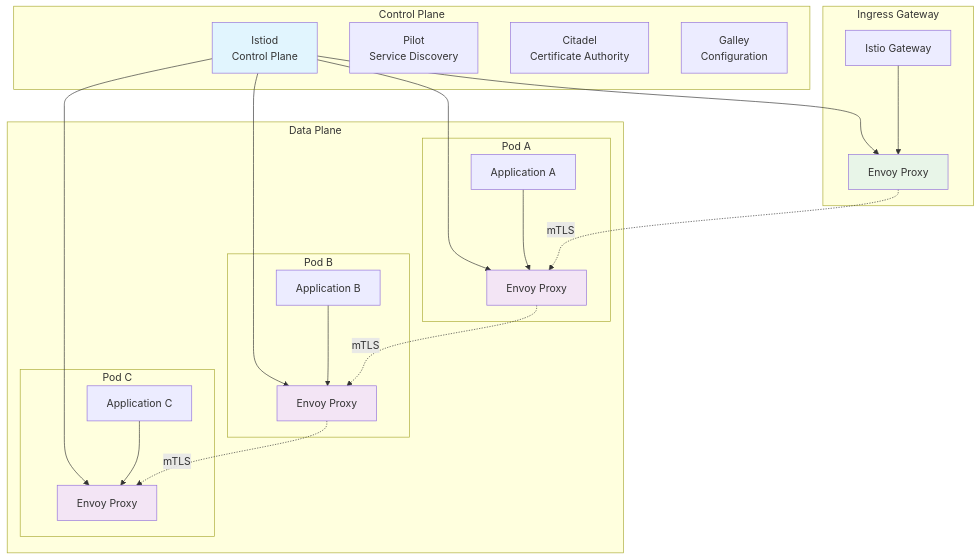
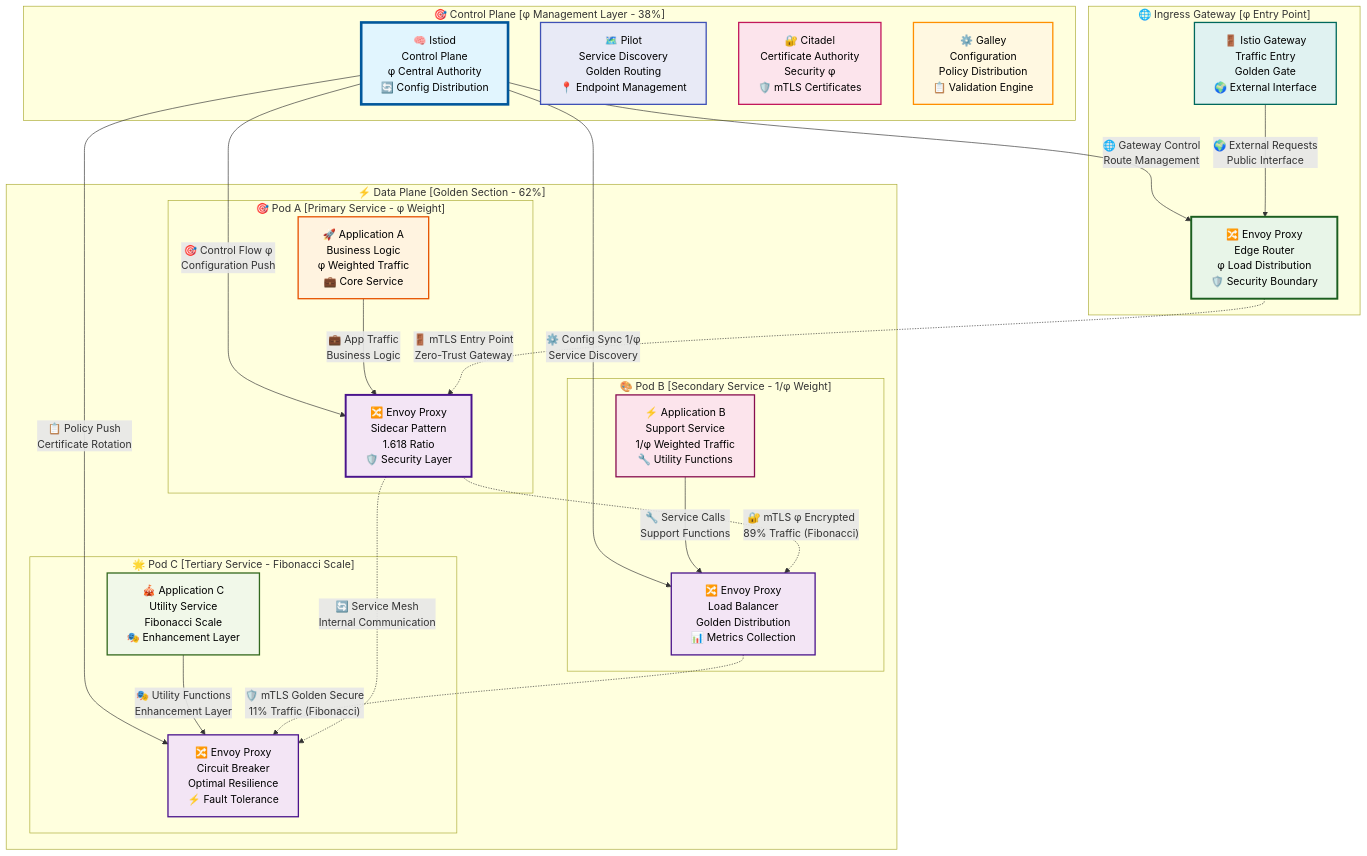
Before and after one commit to abdoElHodaky/Iacdash-: the first of 3 diagrams in SERVICE-MESH.md, drawn with Mermaid. The commit also changed other lines of this file and 10 other files, not shown here.

````diff
--- a/SERVICE-MESH.md
+++ b/SERVICE-MESH.md
@@ -34,51 +64,59 @@
 ```mermaid
 graph TB
-    subgraph "Control Plane"
-        Istiod[Istiod<br/>Control Plane]
-        Pilot[Pilot<br/>Service Discovery]
-        Citadel[Citadel<br/>Certificate Authority]
-        Galley[Galley<br/>Configuration]
+    subgraph "🎯 Control Plane [φ Management Layer - 38%]"
+        Istiod["🧠 Istiod<br/>Control Plane<br/>φ Central Authority<br/>🔄 Config Distribution"]
+        Pilot["🗺️ Pilot<br/>Service Discovery<br/>Golden Routing<br/>📍 Endpoint Management"]
+        Citadel["🔐 Citadel<br/>Certificate Authority<br/>Security φ<br/>🛡️ mTLS Certificates"]
+        Galley["⚙️ Galley<br/>Configuration<br/>Policy Distribution<br/>📋 Validation Engine"]
     end
     
-    subgraph "Data Plane"
-        subgraph "Pod A"
-            AppA[Application A]
-            ProxyA[Envoy Proxy]
+    subgraph "⚡ Data Plane [Golden Section - 62%]"
+        subgraph "🎯 Pod A [Primary Service - φ Weight]"
+            AppA["🚀 Application A<br/>Business Logic<br/>φ Weighted Traffic<br/>💼 Core Service"]
+            ProxyA["🔀 Envoy Proxy<br/>Sidecar Pattern<br/>1.618 Ratio<br/>🛡️ Security Layer"]
         end
         
-        subgraph "Pod B"
-            AppB[Application B]
-            ProxyB[Envoy Proxy]
+        subgraph "🎨 Pod B [Secondary Service - 1/φ Weight]"
+            AppB["⚡ Application B<br/>Support Service<br/>1/φ Weighted Traffic<br/>🔧 Utility Functions"]
+            ProxyB["🔀 Envoy Proxy<br/>Load Balancer<br/>Golden Distribution<br/>📊 Metrics Collection"]
         end
         
-        subgraph "Pod C"
-            AppC[Application C]
-            ProxyC[Envoy Proxy]
+        subgraph "🌟 Pod C [Tertiary Service - Fibonacci Scale]"
+            AppC["🎪 Application C<br/>Utility Service<br/>Fibonacci Scale<br/>🎭 Enhancement Layer"]
+            ProxyC["🔀 Envoy Proxy<br/>Circuit Breaker<br/>Optimal Resilience<br/>⚡ Fault Tolerance"]
         end
     end
     
-    subgraph "Ingress Gateway"
-        IGW[Istio Gateway]
-        IGWProxy[Envoy Proxy]
+    subgraph "🌐 Ingress Gateway [φ Entry Point]"
+        IGW["🚪 Istio Gateway<br/>Traffic Entry<br/>Golden Gate<br/>🌍 External Interface"]
+        IGWProxy["🔀 Envoy Proxy<br/>Edge Router<br/>φ Load Distribution<br/>🛡️ Security Boundary"]
     end
     
-    Istiod --> ProxyA
-    Istiod --> ProxyB
-    Istiod --> ProxyC
-    Istiod --> IGWProxy
+    Istiod -->|"🎯 Control Flow φ<br/>Configuration Push"| ProxyA
+    Istiod -->|"⚙️ Config Sync 1/φ<br/>Service Discovery"| ProxyB
+    Istiod -->|"📋 Policy Push<br/>Certificate Rotation"| ProxyC
+    Istiod -->|"🌐 Gateway Control<br/>Route Management"| IGWProxy
     
-    AppA --> ProxyA
-    AppB --> ProxyB
-    AppC --> ProxyC
-    IGW --> IGWProxy
+    AppA -->|"💼 App Traffic<br/>Business Logic"| ProxyA
+    AppB -->|"🔧 Service Calls<br/>Support Functions"| ProxyB
+    AppC -->|"🎭 Utility Functions<br/>Enhancement Layer"| ProxyC
+    IGW -->|"🌍 External Requests<br/>Public Interface"| IGWProxy
     
-    ProxyA -.->|mTLS| ProxyB
-    ProxyB -.->|mTLS| ProxyC
-    IGWProxy -.->|mTLS| ProxyA
+    ProxyA -.->|"🔐 mTLS φ Encrypted<br/>89% Traffic (Fibonacci)"| ProxyB
+    ProxyB -.->|"🛡️ mTLS Golden Secure<br/>11% Traffic (Fibonacci)"| ProxyC
+    IGWProxy -.->|"🚪 mTLS Entry Point<br/>Zero-Trust Gateway"| ProxyA
+    ProxyA -.->|"🔄 Service Mesh<br/>Internal Communication"| ProxyC
     
-    style Istiod fill:#e1f5fe
-    style ProxyA fill:#f3e5f5
-    style ProxyB fill:#f3e5f5
-    style ProxyC fill:#f3e5f5
-    style IGWProxy fill:#e8f5e8
+    style Istiod fill:#e1f5fe,stroke:#01579b,stroke-width:4px,color:#000
+    style ProxyA fill:#f3e5f5,stroke:#4a148c,stroke-width:3px,color:#000
+    style ProxyB fill:#f3e5f5,stroke:#4a148c,stroke-width:2px,color:#000
+    style ProxyC fill:#f3e5f5,stroke:#4a148c,stroke-width:2px,color:#000
+    style IGWProxy fill:#e8f5e8,stroke:#1b5e20,stroke-width:3px,color:#000
+    style AppA fill:#fff3e0,stroke:#e65100,stroke-width:2px,color:#000
+    style AppB fill:#fce4ec,stroke:#880e4f,stroke-width:2px,color:#000
+    style AppC fill:#f1f8e9,stroke:#33691e,stroke-width:2px,color:#000
+    style IGW fill:#e0f2f1,stroke:#00695c,stroke-width:2px,color:#000
+    style Pilot fill:#e8eaf6,stroke:#3f51b5,stroke-width:2px,color:#000
+    style Citadel fill:#fce4ec,stroke:#c2185b,stroke-width:2px,color:#000
+    style Galley fill:#fff8e1,stroke:#ff8f00,stroke-width:2px,color:#000
 ```
````
